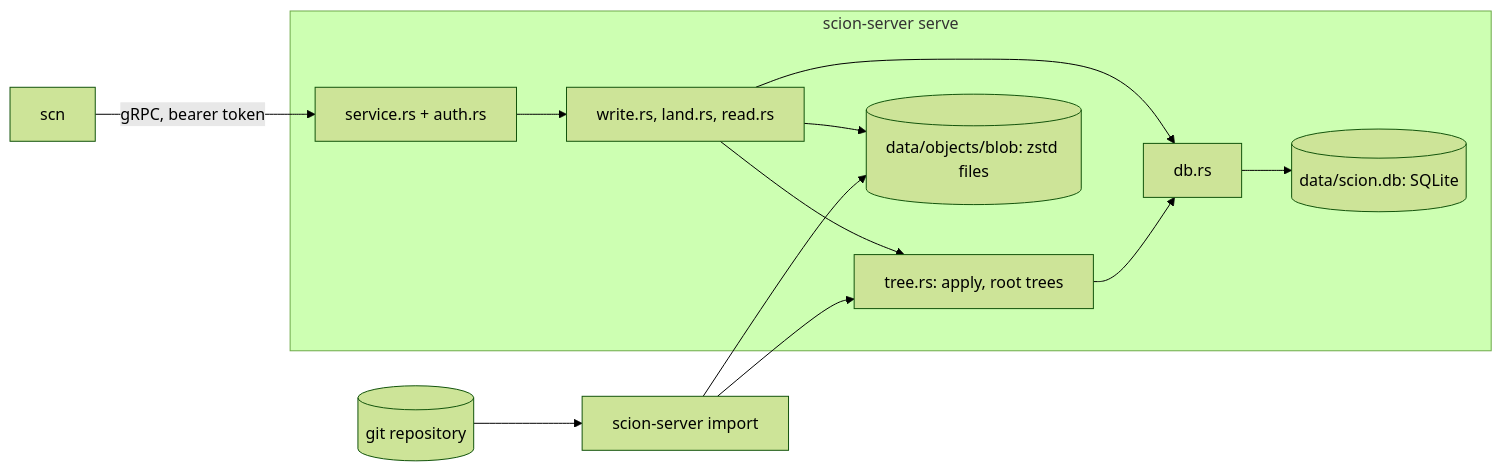
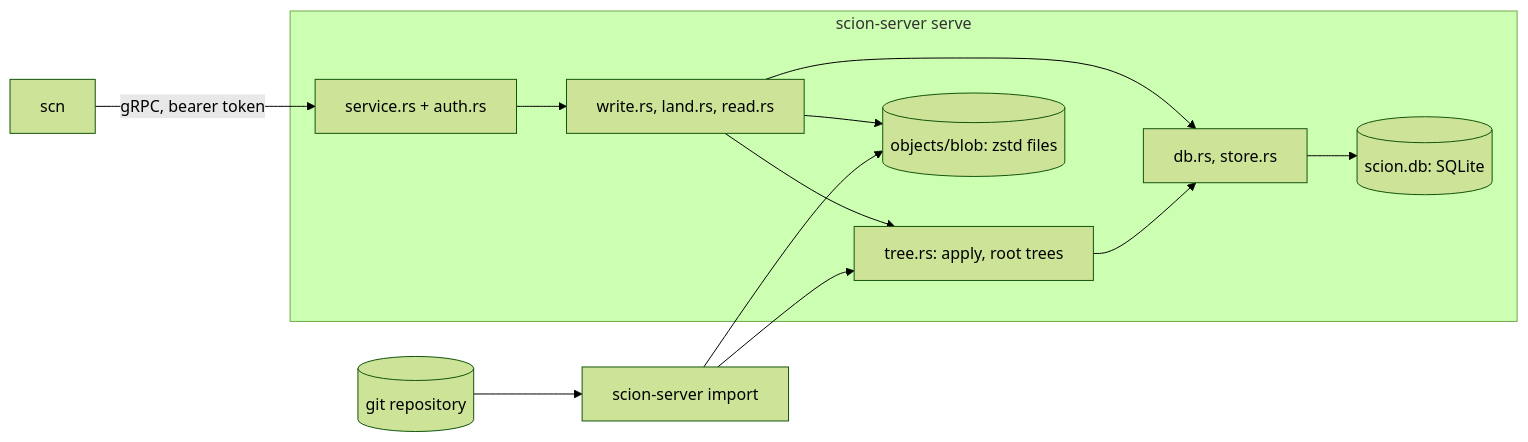
The first of 4 diagrams in docs/architecture.md (bnsd55/open-scion), drawn with Mermaid (forest theme) before and after one commit. The commit also changed other lines of this file, not shown here.

First line of the commit message:
docs: fix review findings in the architecture overview

````diff
--- a/docs/architecture.md
+++ b/docs/architecture.md
@@ -16,15 +19,15 @@
 ```mermaid
 flowchart LR
     scn["scn"] -->|"gRPC, bearer token"| svc
     subgraph serve["scion-server serve"]
         svc["service.rs + auth.rs"] --> ops["write.rs, land.rs, read.rs"]
         ops --> tree["tree.rs: apply, root trees"]
-        ops --> db["db.rs"]
+        ops --> db["db.rs, store.rs"]
         tree --> db
-        db --> sqlite[("data/scion.db: SQLite")]
-        ops --> blobs[("data/objects/blob: zstd files")]
+        db --> sqlite[("scion.db: SQLite")]
+        ops --> blobs[("objects/blob: zstd files")]
     end
     git[("git repository")] --> imp["scion-server import"]
     imp --> tree
     imp --> blobs
 ```
````
